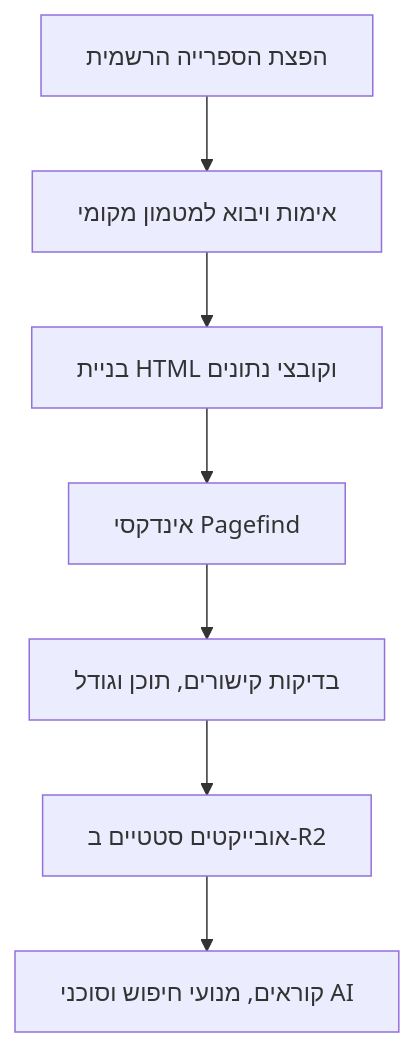
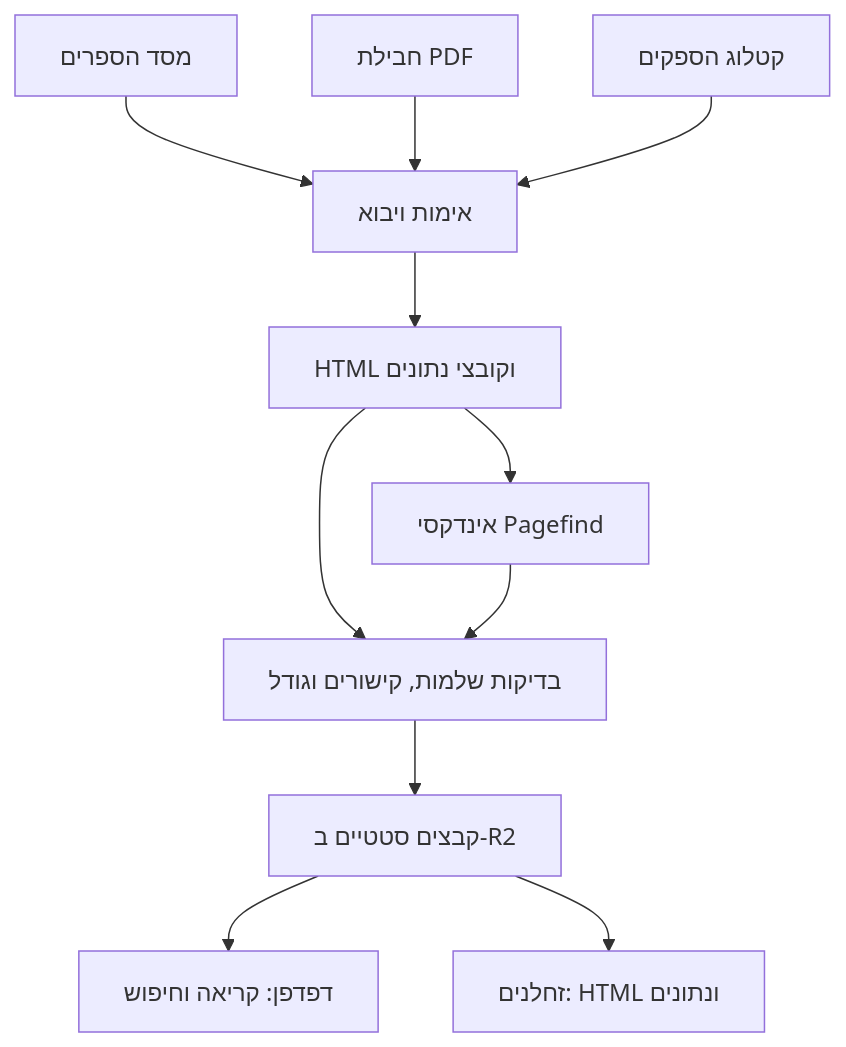
One commit to NHLOCAL/otzaria-web changed the diagram in docs/ARCHITECTURE.md. Above: the diagram before and after it, drawn with Mermaid. The commit also changed other lines of this file and 16 other files, not shown here.

````diff
--- a/docs/ARCHITECTURE.md
+++ b/docs/ARCHITECTURE.md
@@ -7,9 +7,13 @@
 ```mermaid
 flowchart TD
-    A["הפצת הספרייה הרשמית"] --> B["אימות ויבוא למטמון מקומי"]
-    B --> C["בניית HTML וקובצי נתונים"]
-    C --> D["אינדקסי Pagefind"]
-    D --> E["בדיקות קישורים, תוכן וגודל"]
-    E --> F["אובייקטים סטטיים ב-R2"]
-    F --> G["קוראים, מנועי חיפוש וסוכני AI"]
+    A["מסד הספרים"] --> D["אימות ויבוא"]
+    B["חבילת PDF"] --> D
+    C["קטלוג הספקים"] --> D
+    D --> E["HTML וקובצי נתונים"]
+    E --> F["אינדקסי Pagefind"]
+    E --> G["בדיקות שלמות, קישורים וגודל"]
+    F --> G
+    G --> H["קבצים סטטיים ב-R2"]
+    H --> I["דפדפן: קריאה וחיפוש"]
+    H --> J["זחלנים: HTML ונתונים"]
 ```
````
